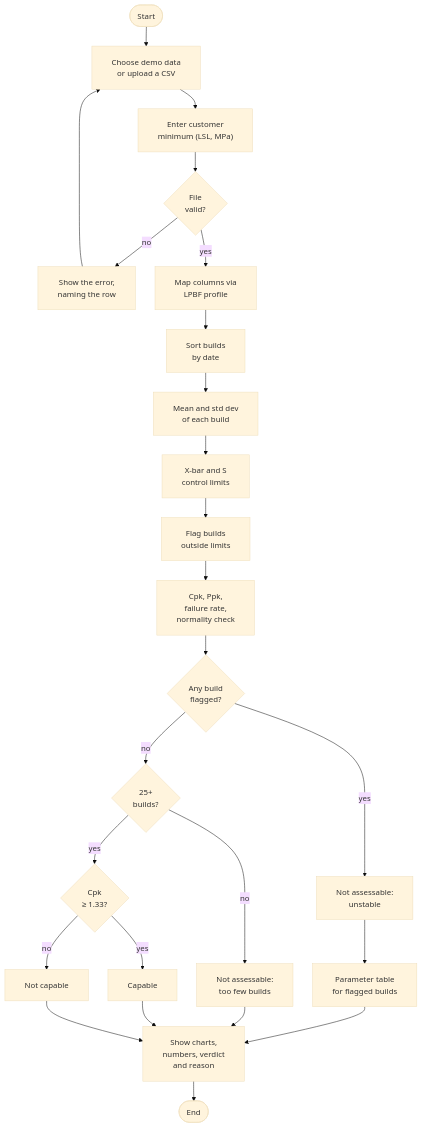
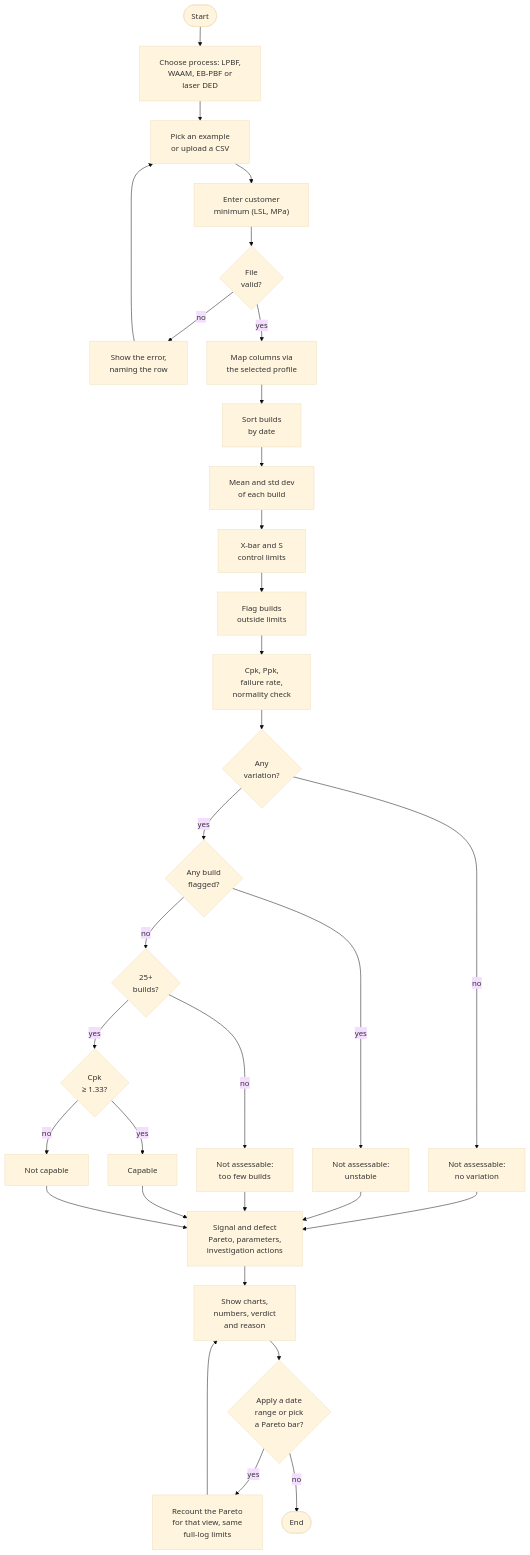
The second of 6 diagrams in docs/architecture.md (zaurbabayev222/team-sigma), drawn with Mermaid (base theme) before and after one commit. The commit also changed other lines of this file and 4 other files, not shown here.

Commit message:
docs: update diagrams to the current app; contributions from Git history

````diff
--- a/docs/architecture.md
+++ b/docs/architecture.md
@@ -67,28 +62,35 @@
 ```mermaid
 %%{init: {"flowchart": {"padding": 20, "nodeSpacing": 40, "rankSpacing": 40}}}%%
 flowchart TD
-    S([Start]) --> A1["Choose demo data<br>or upload a CSV"]
+    S([Start]) --> A0["Choose process: LPBF,<br>WAAM, EB-PBF or<br>laser DED"]
+    A0 --> A1["Pick an example<br>or upload a CSV"]
     A1 --> A2["Enter customer<br>minimum (LSL, MPa)"]
     A2 --> D1{"File<br>valid?"}
     D1 -- no --> E1["Show the error,<br>naming the row"]
     E1 --> A1
-    D1 -- yes --> A3["Map columns via<br>LPBF profile"]
+    D1 -- yes --> A3["Map columns via<br>the selected profile"]
     A3 --> A4["Sort builds<br>by date"]
     A4 --> A5["Mean and std dev<br>of each build"]
     A5 --> A6["X-bar and S<br>control limits"]
     A6 --> A7["Flag builds<br>outside limits"]
     A7 --> A8["Cpk, Ppk,<br>failure rate,<br>normality check"]
-    A8 --> D2{"Any build<br>flagged?"}
+    A8 --> D0{"Any<br>variation?"}
+    D0 -- no --> V0["Not assessable:<br>no variation"]
+    D0 -- yes --> D2{"Any build<br>flagged?"}
     D2 -- yes --> V1["Not assessable:<br>unstable"]
     D2 -- no --> D3{"25+<br>builds?"}
     D3 -- no --> V2["Not assessable:<br>too few builds"]
     D3 -- yes --> D4{"Cpk<br>≥ 1.33?"}
     D4 -- yes --> V3["Capable"]
     D4 -- no --> V4["Not capable"]
-    V1 --> A9["Parameter table<br>for flagged builds"]
-    A9 --> A10["Show charts,<br>numbers, verdict<br>and reason"]
-    V2 --> A10
-    V3 --> A10
-    V4 --> A10
-    A10 --> F([End])
+    V0 --> A9
+    V1 --> A9
+    V2 --> A9
+    V3 --> A9
+    V4 --> A9
+    A9["Signal and defect<br>Pareto, parameters,<br>investigation actions"] --> A10["Show charts,<br>numbers, verdict<br>and reason"]
+    A10 --> D5{"Apply a date<br>range or pick<br>a Pareto bar?"}
+    D5 -- yes --> A11["Recount the Pareto<br>for that view, same<br>full-log limits"]
+    A11 --> A10
+    D5 -- no --> F([End])
 ```
````
